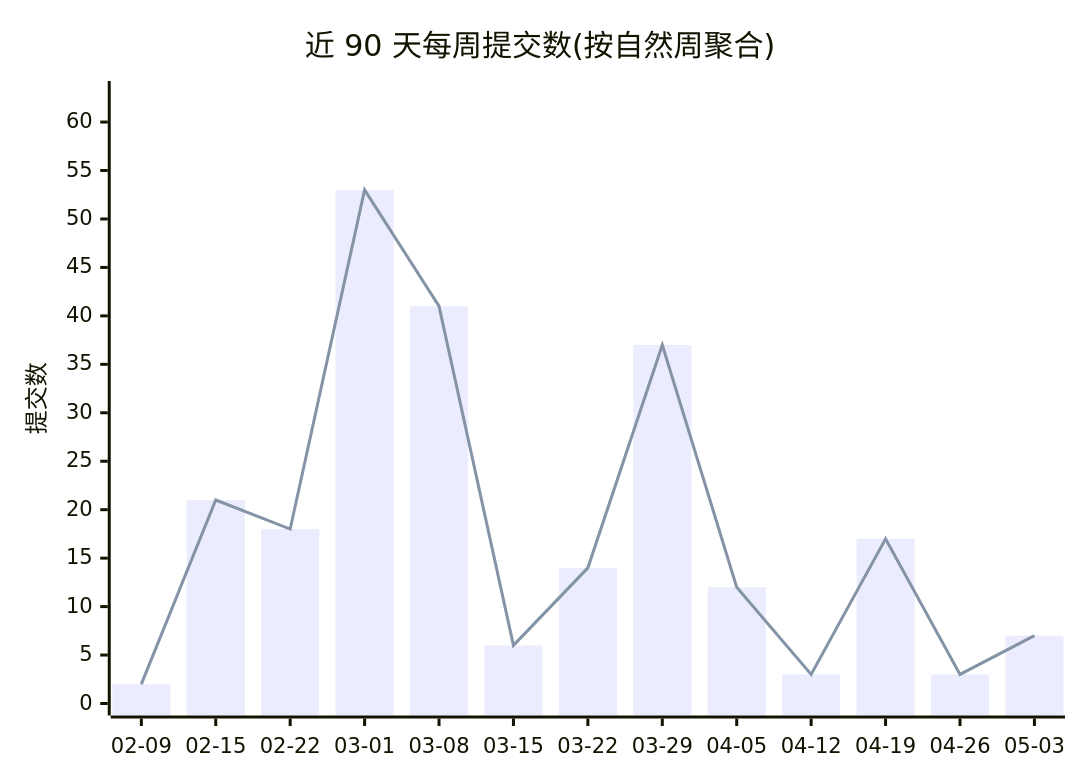
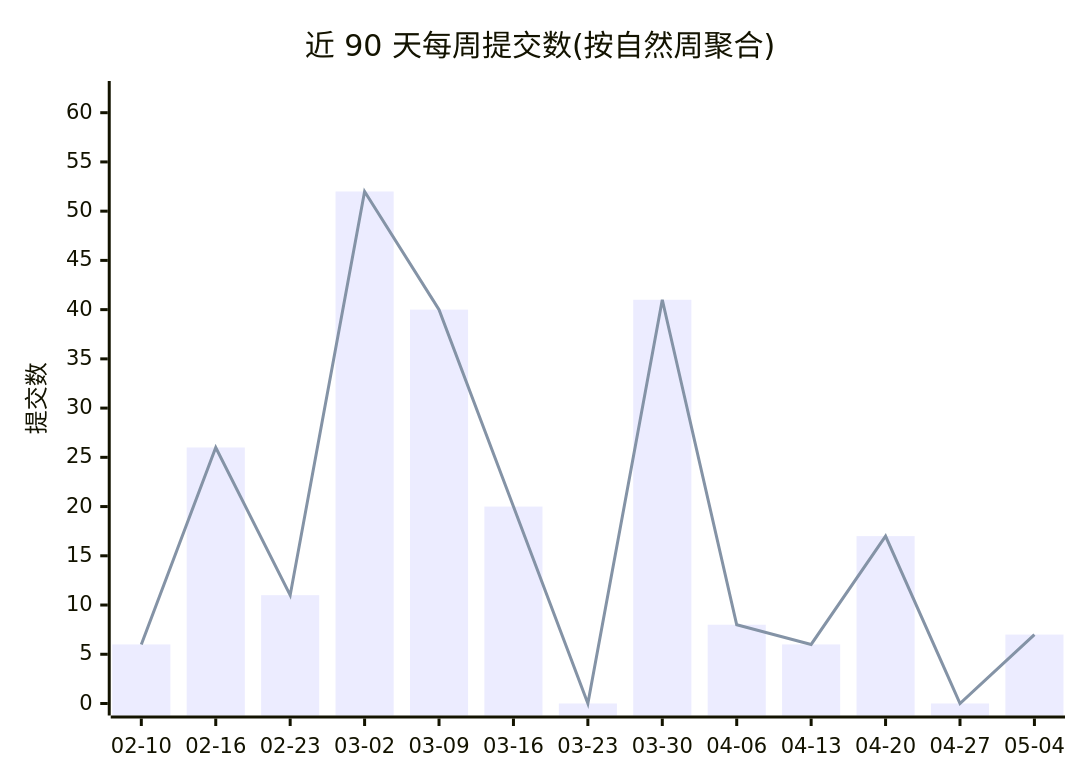
One commit to Conflux-Union/.github changed the first of 2 diagrams in profile/README.md. Above: the diagram before and after it, drawn with Mermaid. The commit also changed other lines of this file and 1 other file, not shown here.

Commit message:
chore(stats): refresh org commit stats

````diff
--- a/profile/README.md
+++ b/profile/README.md
@@ -44,8 +44,8 @@
 ```mermaid
 xychart-beta
     title "近 90 天每周提交数(按自然周聚合)"
-    x-axis ["02-09", "02-15", "02-22", "03-01", "03-08", "03-15", "03-22", "03-29", "04-05", "04-12", "04-19", "04-26", "05-03"]
-    y-axis "提交数" 0 --> 63
-    bar [2, 21, 18, 53, 41, 6, 14, 37, 12, 3, 17, 3, 7]
-    line [2, 21, 18, 53, 41, 6, 14, 37, 12, 3, 17, 3, 7]
+    x-axis ["02-10", "02-16", "02-23", "03-02", "03-09", "03-16", "03-23", "03-30", "04-06", "04-13", "04-20", "04-27", "05-04"]
+    y-axis "提交数" 0 --> 62
+    bar [6, 26, 11, 52, 40, 20, 0, 41, 8, 6, 17, 0, 7]
+    line [6, 26, 11, 52, 40, 20, 0, 41, 8, 6, 17, 0, 7]
 ```
````
